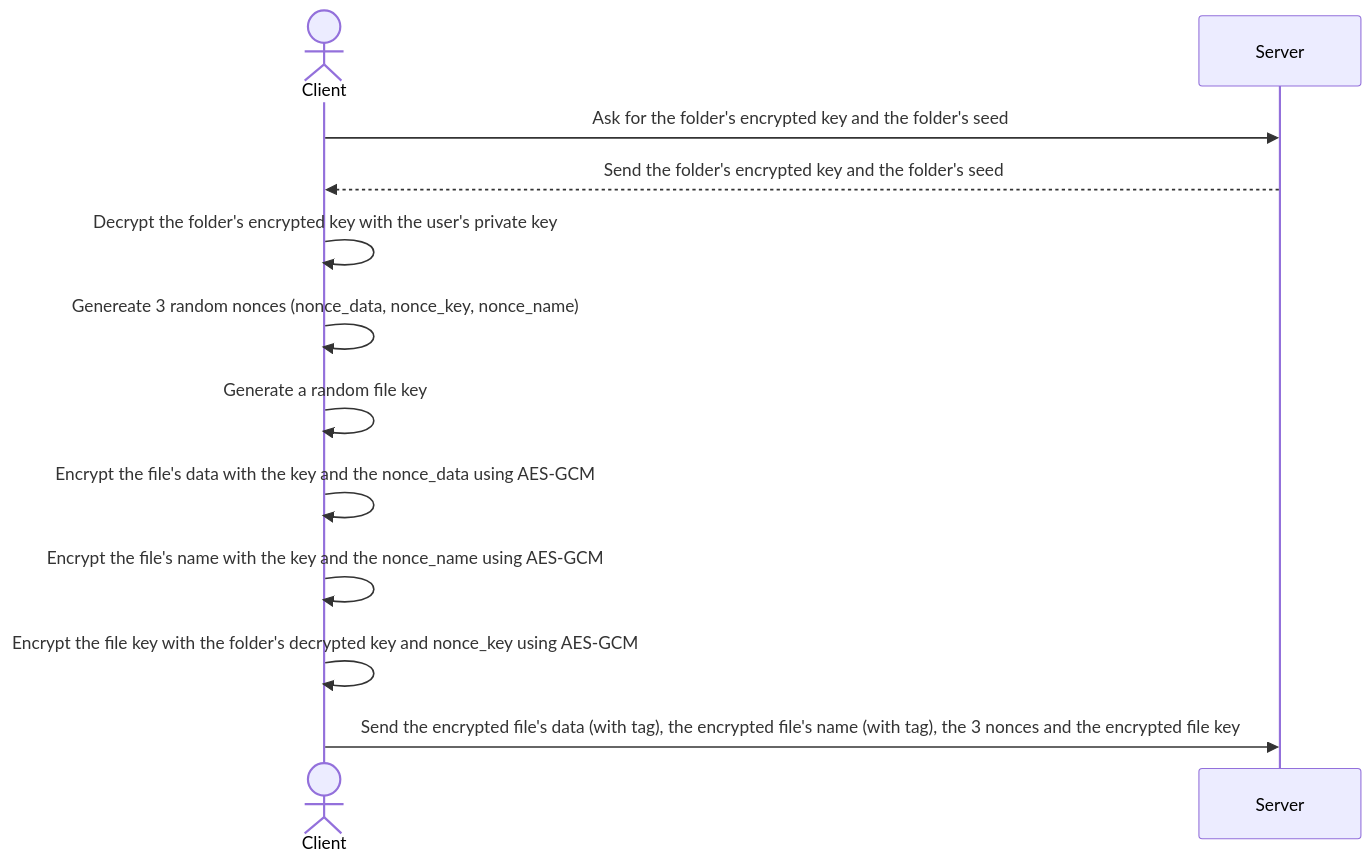
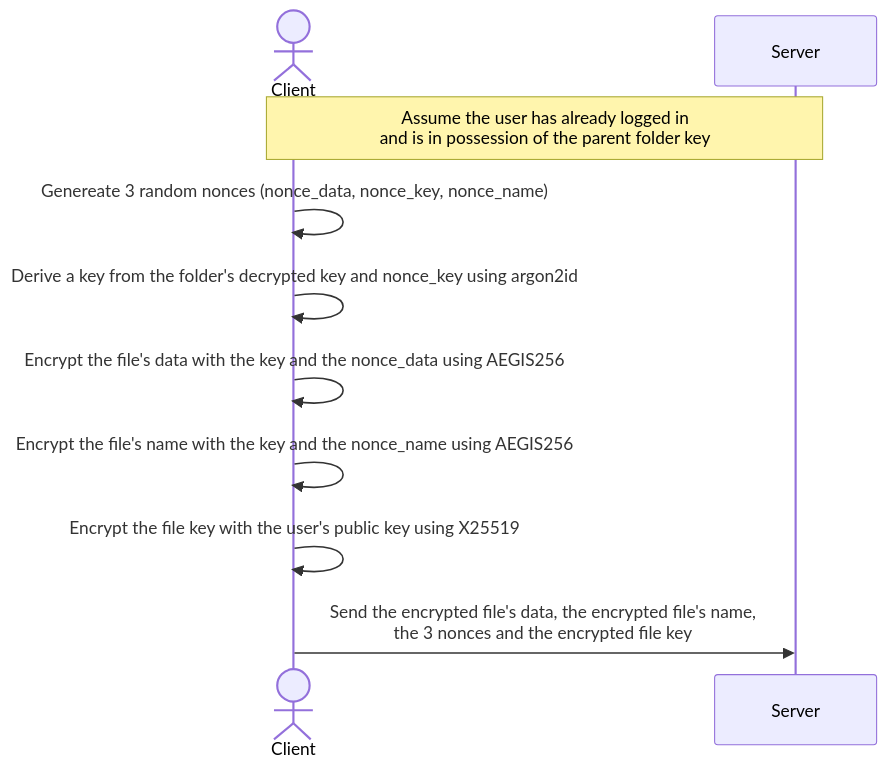
The diagram in doc/project_mermaid/create_file.mmd (DACC4/effective-octo-system), drawn with Mermaid before and after one commit. The commit also changed 27 other files, not shown here.

```diff
--- a/doc/project_mermaid/create_file.mmd
+++ b/doc/project_mermaid/create_file.mmd
@@ -1,19 +1,16 @@
 sequenceDiagram
     actor C as Client
     participant S as Server
 
-    C->>S: Ask for the folder's encrypted key and the folder's seed
-    S-->>C: Send the folder's encrypted key and the folder's seed
-
-    C->>C: Decrypt the folder's encrypted key with the user's private key
+    note over C,S: Assume the user has already logged in <br> and is in possession of the parent folder key
 
     C->>C: Genereate 3 random nonces (nonce_data, nonce_key, nonce_name)
 
-    C->>C: Generate a random file key
+    C->>C: Derive a key from the folder's decrypted key and nonce_key using argon2id
 
-    C->>C: Encrypt the file's data with the key and the nonce_data using AES-GCM
-    C->>C: Encrypt the file's name with the key and the nonce_name using AES-GCM
+    C->>C: Encrypt the file's data with the key and the nonce_data using AEGIS256
+    C->>C: Encrypt the file's name with the key and the nonce_name using AEGIS256
 
-    C->>C: Encrypt the file key with the folder's decrypted key and nonce_key using AES-GCM
+    C->>C: Encrypt the file key with the user's public key using X25519
 
-    C->>S: Send the encrypted file's data (with tag), the encrypted file's name (with tag), the 3 nonces and the encrypted file key
+    C->>S: Send the encrypted file's data, the encrypted file's name, <br> the 3 nonces and the encrypted file key
```
